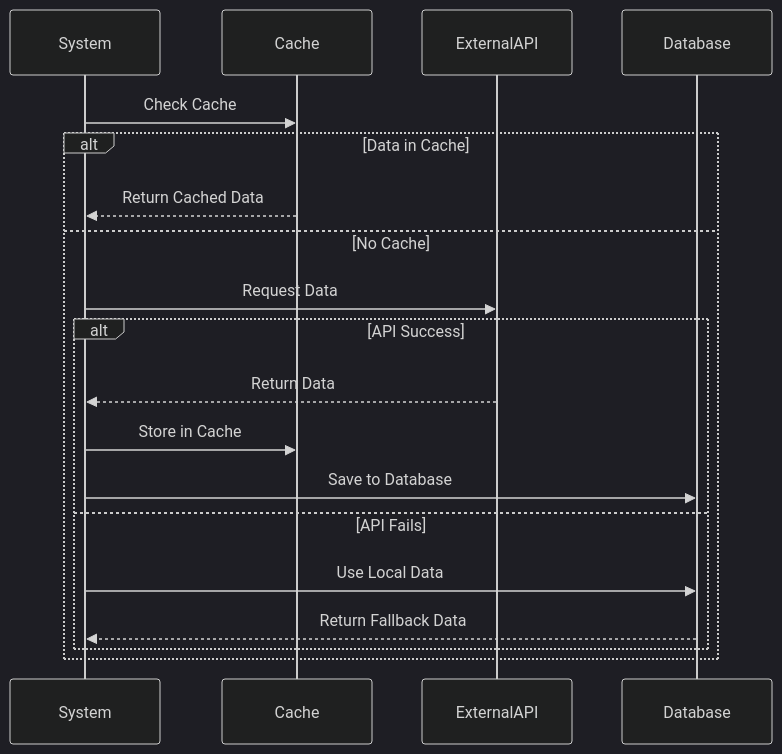
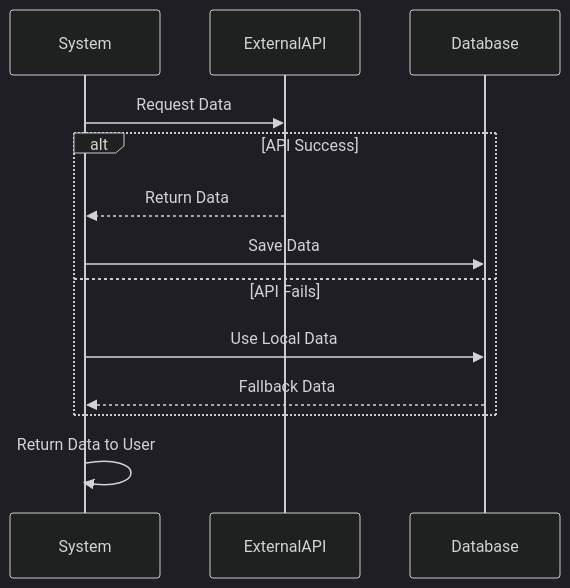
Before and after one commit to abdullah2323442/thesisrepo-backup: diagram 15 of 19 in documentation/sequence-diagrams.md, drawn with Mermaid (dark theme).

Commit message:
refactor(external-api): Streamline external API integration sequence diagram by removing cache handling logic

````diff
--- a/documentation/sequence-diagrams.md
+++ b/documentation/sequence-diagrams.md
@@ -465,24 +465,18 @@
 ```mermaid
 sequenceDiagram
     participant System
-    participant Cache
     participant ExternalAPI
     participant Database
 
-    System->>Cache: Check Cache
+    System->>ExternalAPI: Request Data
     
-    alt Data in Cache
-        Cache-->>System: Return Cached Data
-    else No Cache
-        System->>ExternalAPI: Request Data
-        
-        alt API Success
-            ExternalAPI-->>System: Return Data
-            System->>Cache: Store in Cache
-            System->>Database: Save to Database
-        else API Fails
-            System->>Database: Use Local Data
-            Database-->>System: Return Fallback Data
-        end
+    alt API Success
+        ExternalAPI-->>System: Return Data
+        System->>Database: Save Data
+    else API Fails
+        System->>Database: Use Local Data
+        Database-->>System: Fallback Data
     end
+    
+    System->>System: Return Data to User
 ```
````
